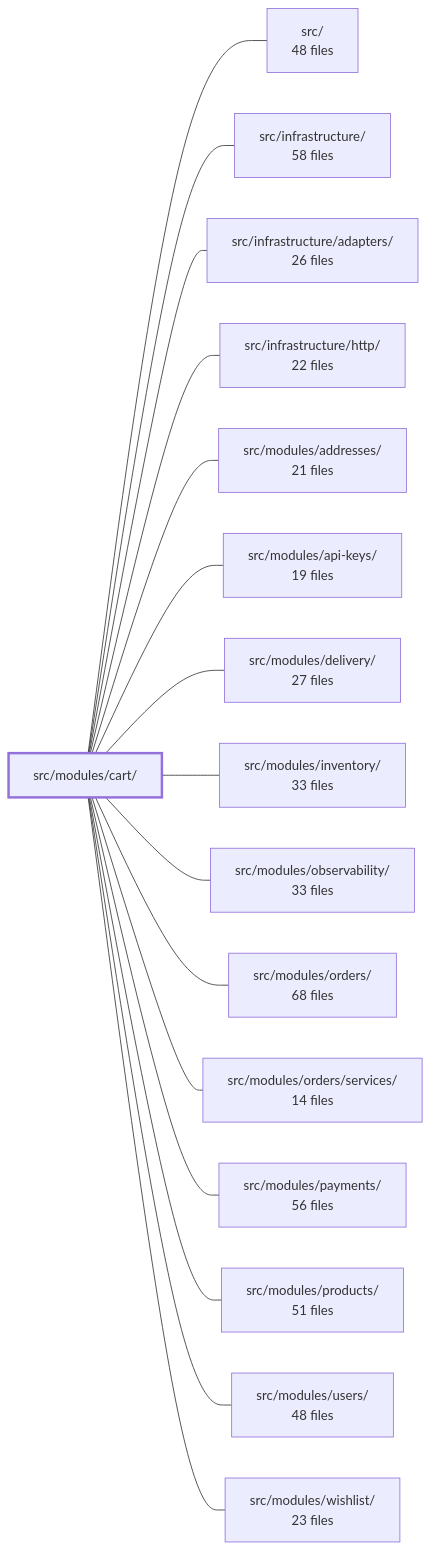
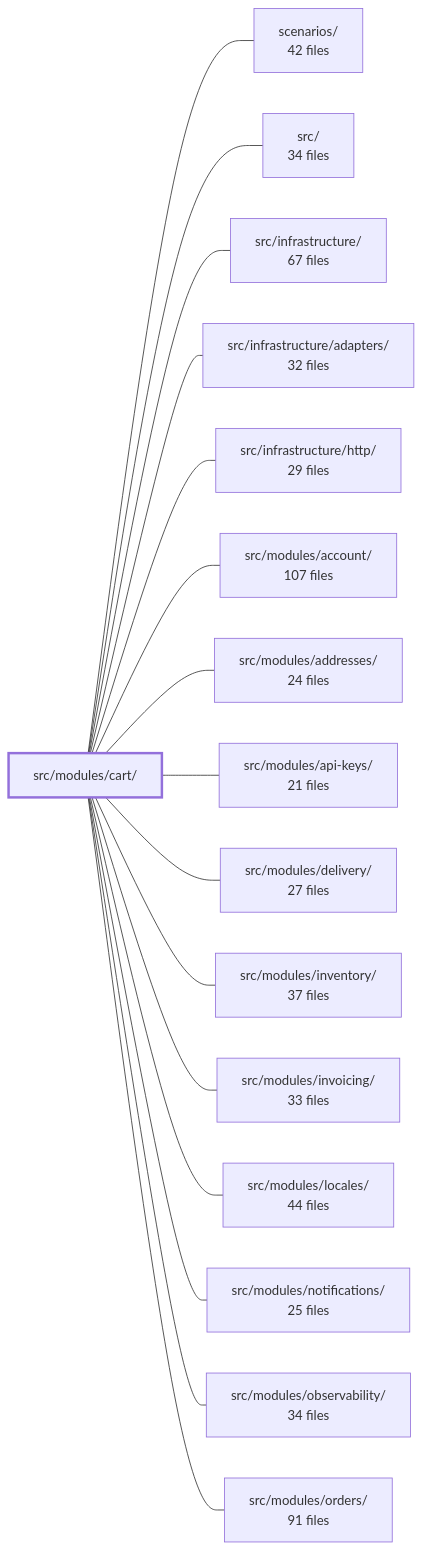
The diagram in .2brain/modules/boilerplate-node-backend_src_modules_cart.md (Guebbit/boilerplate-node-backend), drawn with Mermaid before and after one commit. The commit also changed other lines of this file and 106 other files, not shown here.

````diff
--- a/.2brain/modules/boilerplate-node-backend_src_modules_cart.md
+++ b/.2brain/modules/boilerplate-node-backend_src_modules_cart.md
@@ -44,35 +46,35 @@
 ```mermaid
 flowchart LR
     m_src_modules_cart["src/modules/cart/"]
-    m_src["src/<br/>48 files"]
-    m_src_infrastructure["src/infrastructure/<br/>58 files"]
-    m_src_infrastructure_adapters["src/infrastructure/adapters/<br/>26 files"]
-    m_src_infrastructure_http["src/infrastructure/http/<br/>22 files"]
-    m_src_modules_addresses["src/modules/addresses/<br/>21 files"]
-    m_src_modules_api_keys["src/modules/api-keys/<br/>19 files"]
+    m_scenarios["scenarios/<br/>42 files"]
+    m_src["src/<br/>34 files"]
+    m_src_infrastructure["src/infrastructure/<br/>67 files"]
+    m_src_infrastructure_adapters["src/infrastructure/adapters/<br/>32 files"]
+    m_src_infrastructure_http["src/infrastructure/http/<br/>29 files"]
+    m_src_modules_account["src/modules/account/<br/>107 files"]
+    m_src_modules_addresses["src/modules/addresses/<br/>24 files"]
+    m_src_modules_api_keys["src/modules/api-keys/<br/>21 files"]
     m_src_modules_delivery["src/modules/delivery/<br/>27 files"]
-    m_src_modules_inventory["src/modules/inventory/<br/>33 files"]
-    m_src_modules_observability["src/modules/observability/<br/>33 files"]
-    m_src_modules_orders["src/modules/orders/<br/>68 files"]
-    m_src_modules_orders_services["src/modules/orders/services/<br/>14 files"]
-    m_src_modules_payments["src/modules/payments/<br/>56 files"]
-    m_src_modules_products["src/modules/products/<br/>51 files"]
-    m_src_modules_users["src/modules/users/<br/>48 files"]
-    m_src_modules_wishlist["src/modules/wishlist/<br/>23 files"]
+    m_src_modules_inventory["src/modules/inventory/<br/>37 files"]
+    m_src_modules_invoicing["src/modules/invoicing/<br/>33 files"]
+    m_src_modules_locales["src/modules/locales/<br/>44 files"]
+    m_src_modules_notifications["src/modules/notifications/<br/>25 files"]
+    m_src_modules_observability["src/modules/observability/<br/>34 files"]
+    m_src_modules_orders["src/modules/orders/<br/>91 files"]
+    m_src_modules_cart --- m_scenarios
     m_src_modules_cart --- m_src
     m_src_modules_cart --- m_src_infrastructure
     m_src_modules_cart --- m_src_infrastructure_adapters
     m_src_modules_cart --- m_src_infrastructure_http
+    m_src_modules_cart --- m_src_modules_account
     m_src_modules_cart --- m_src_modules_addresses
     m_src_modules_cart --- m_src_modules_api_keys
     m_src_modules_cart --- m_src_modules_delivery
     m_src_modules_cart --- m_src_modules_inventory
+    m_src_modules_cart --- m_src_modules_invoicing
+    m_src_modules_cart --- m_src_modules_locales
+    m_src_modules_cart --- m_src_modules_notifications
     m_src_modules_cart --- m_src_modules_observability
     m_src_modules_cart --- m_src_modules_orders
-    m_src_modules_cart --- m_src_modules_orders_services
-    m_src_modules_cart --- m_src_modules_payments
-    m_src_modules_cart --- m_src_modules_products
-    m_src_modules_cart --- m_src_modules_users
-    m_src_modules_cart --- m_src_modules_wishlist
     style m_src_modules_cart stroke-width:3px
 ```
````
